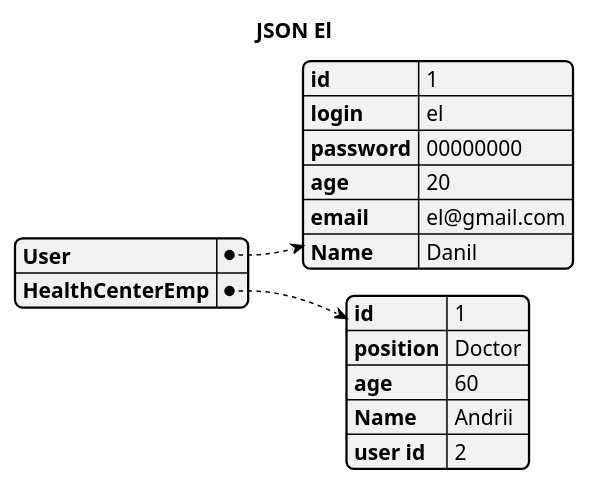
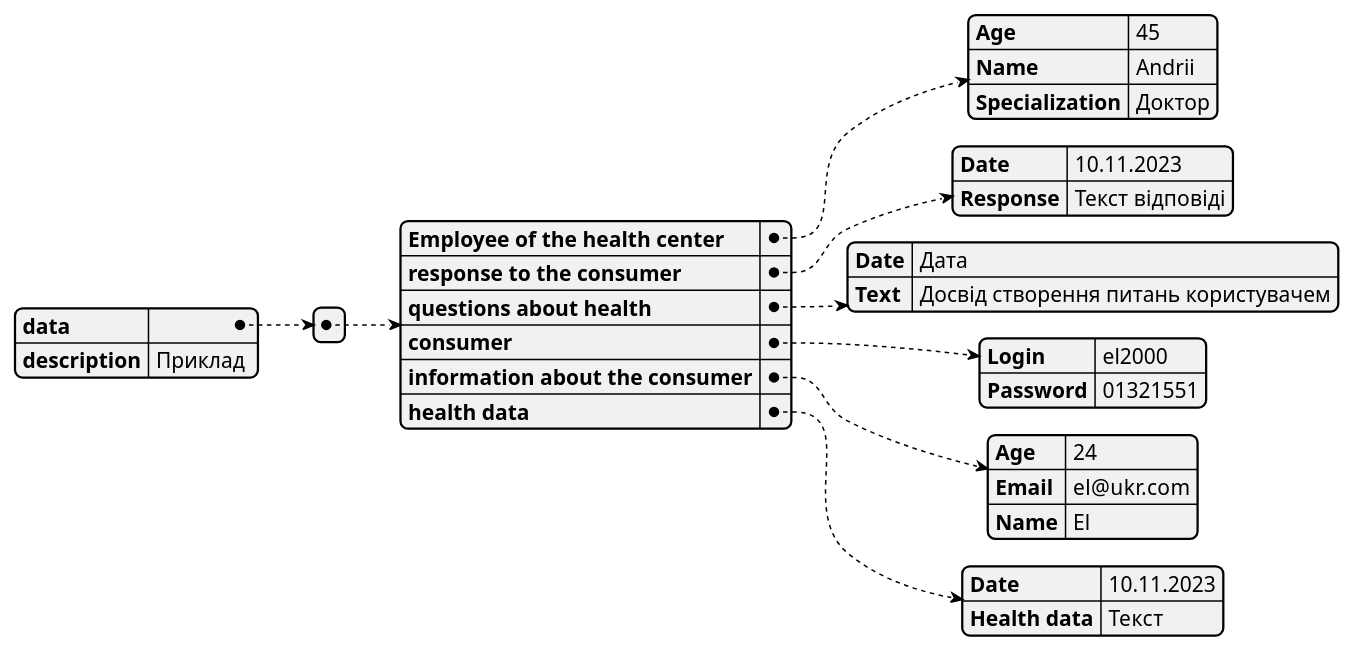
The diagram in 2-SoftwareDesign/2.7-PlantUML/DataModel.puml (oleksandrblazhko/ai-211-el), drawn with PlantUML before and after one commit.

```diff
--- a/2-SoftwareDesign/2.7-PlantUML/DataModel.puml
+++ b/2-SoftwareDesign/2.7-PlantUML/DataModel.puml
@@ -1,23 +1,35 @@
 @startjson
-
-title JSON El
 {
-  "User": {
-    "id": "1",
-    "login": "el",
-    "password": "00000000",
-    "age": "20",
-    "email": "el@gmail.com",
-    "Name": "Danil"
-  },
-  "HealthCenterEmp": {
-      "id":"1",
-      "position": "Doctor",
-      "age": "60",
-      "Name": "Andrii",
-      "user id": "2"
-  }
+    "data": [
+        {
+            "Employee of the health center": {
+                "Age": "45",
+                "Name": "Andrii",
+                "Specialization": "Доктор"
+            },
+            "response to the consumer": {
+                "Date": "10.11.2023",
+                "Response": "Текст відповіді"
+            },
+            "questions about health": {
+                "Date": "Дата",
+                "Text": "Досвід створення питань користувачем"
+            },
+            "consumer": {
+                "Login": "el2000",
+                "Password": "01321551"
+            },
+            "information about the consumer": {
+                "Age": "24",
+                "Email": "el@ukr.com",
+                "Name": "El"
+            },
+            "health data": {
+                "Date": "10.11.2023",
+                "Health data": "Текст"
+            }
+        }
+    ],
+    "description": "Приклад "
 }
-
-
 @endjson
```
